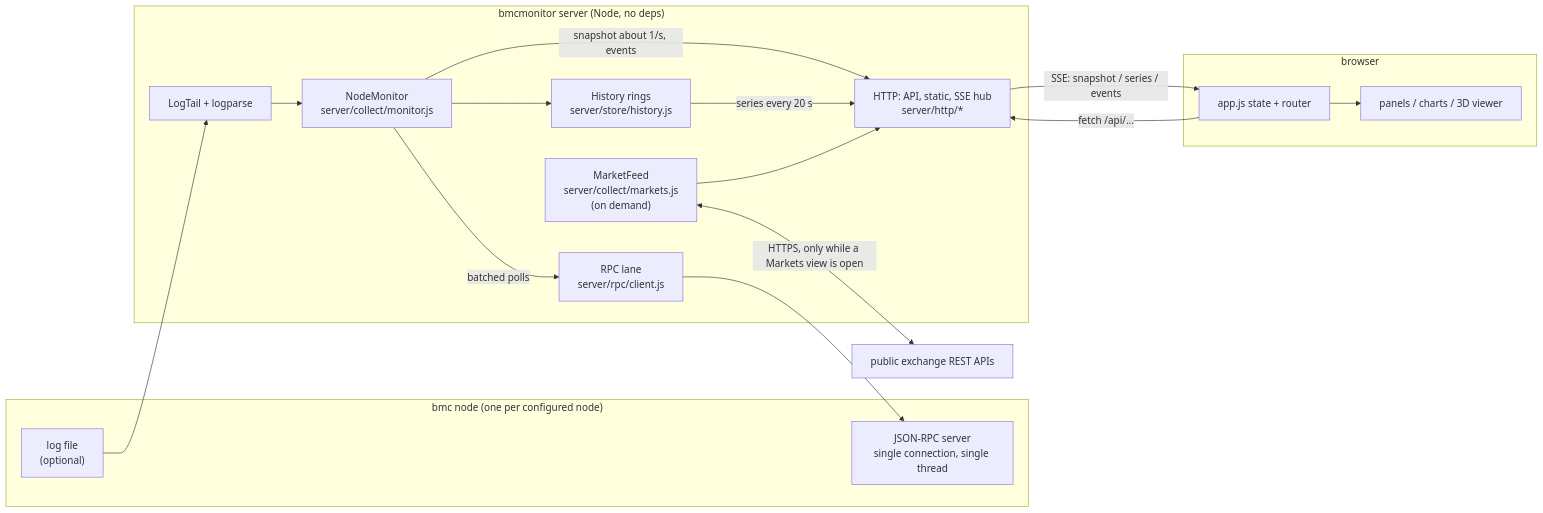
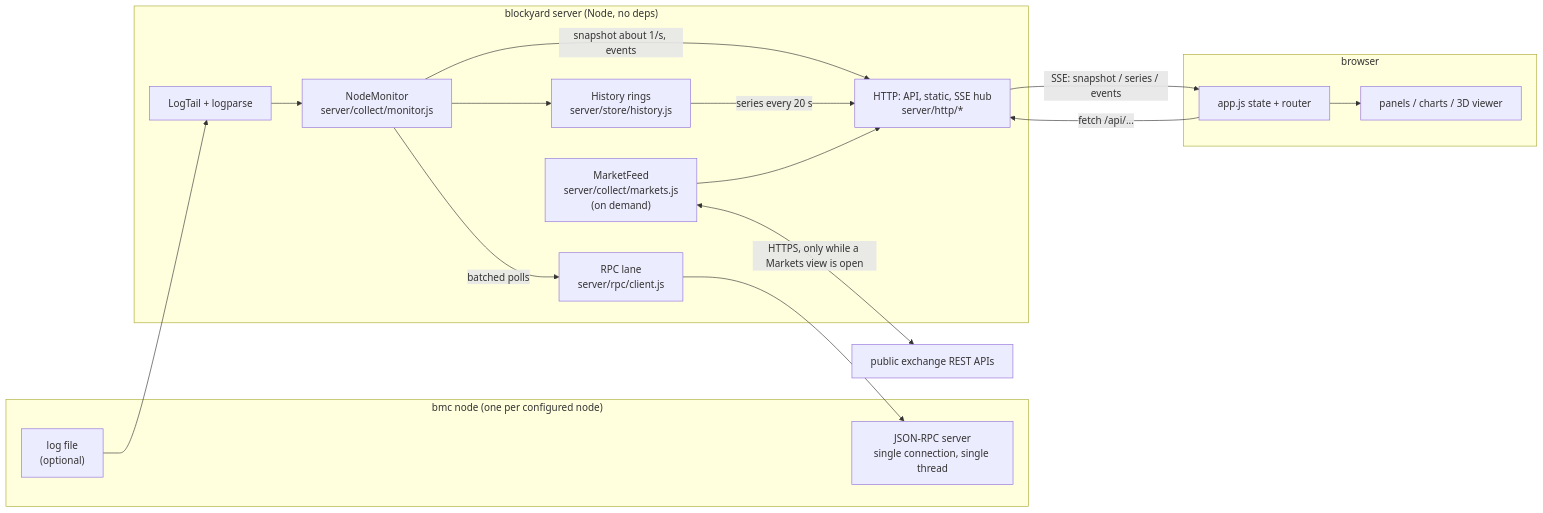
Before and after one commit to BobClawblaw/blockyard: the first of 7 diagrams in docs/ARCHITECTURE.md, drawn with Mermaid. The commit also changed other lines of this file and 77 other files, not shown here.

````diff
--- a/docs/ARCHITECTURE.md
+++ b/docs/ARCHITECTURE.md
@@ -29,34 +29,34 @@
 ```mermaid
 flowchart LR
   subgraph node["bmc node (one per configured node)"]
     RPC["JSON-RPC server<br/>single connection, single thread"]
     LOG["log file<br/>(optional)"]
   end
 
-  subgraph server["bmcmonitor server (Node, no deps)"]
+  subgraph server["blockyard server (Node, no deps)"]
     LANE["RPC lane<br/>server/rpc/client.js"]
     MON["NodeMonitor<br/>server/collect/monitor.js"]
     TAIL["LogTail + logparse"]
     HIST["History rings<br/>server/store/history.js"]
     MKT["MarketFeed<br/>server/collect/markets.js<br/>(on demand)"]
     HTTP["HTTP: API, static, SSE hub<br/>server/http/*"]
   end
 
   subgraph browser["browser"]
     APP["app.js state + router"]
     PANELS["panels / charts / 3D viewer"]
   end
 
   EX["public exchange REST APIs"]
 
   MON -->|"batched polls"| LANE --> RPC
   LOG --> TAIL --> MON
   MON --> HIST
   MON -->|"snapshot about 1/s, events"| HTTP
   HIST -->|"series every 20 s"| HTTP
   MKT <-->|"HTTPS, only while a Markets view is open"| EX
   MKT --> HTTP
   HTTP -->|"SSE: snapshot / series / events"| APP
   APP -->|"fetch /api/..."| HTTP
   APP --> PANELS
 ```
````
